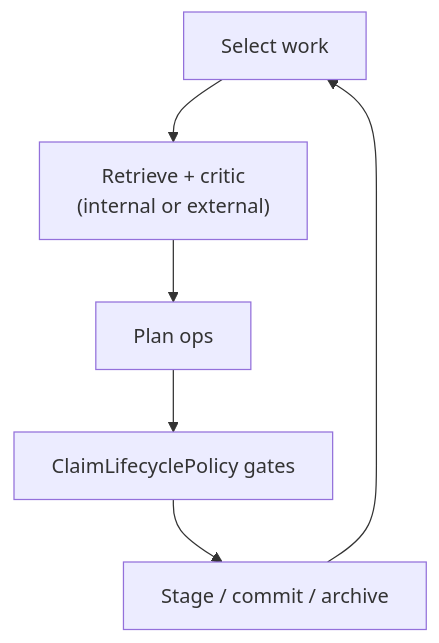
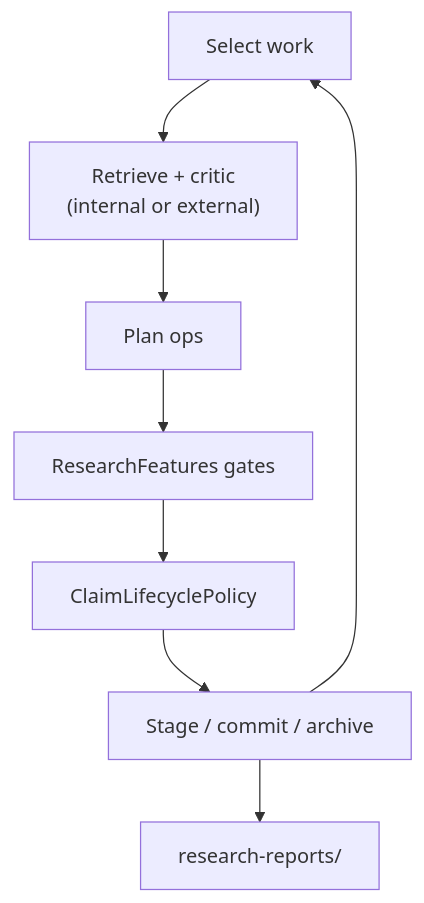
Before and after one commit to bbell03/RAG: the diagram in passive-research.md, drawn with Mermaid. The commit also changed other lines of this file and 19 other files, not shown here.

````diff
--- a/passive-research.md
+++ b/passive-research.md
@@ -5,8 +7,10 @@
 ```mermaid
 flowchart TD
     Select["Select work"] --> Evidence["Retrieve + critic\n(internal or external)"]
     Evidence --> Plan["Plan ops"]
-    Plan --> Policy["ClaimLifecyclePolicy gates"]
+    Plan --> Features["ResearchFeatures gates"]
+    Features --> Policy["ClaimLifecyclePolicy"]
     Policy --> Write["Stage / commit / archive"]
+    Write --> Report["research-reports/"]
     Write --> Select
 ```
````
